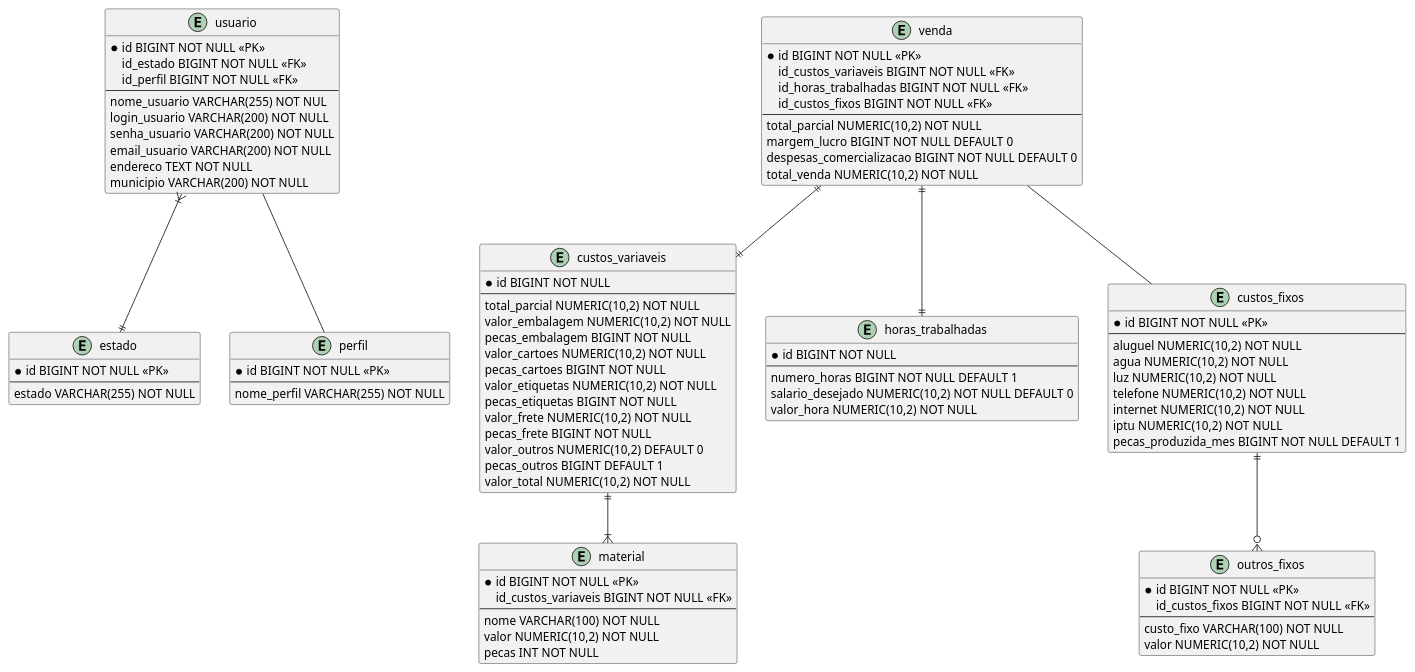
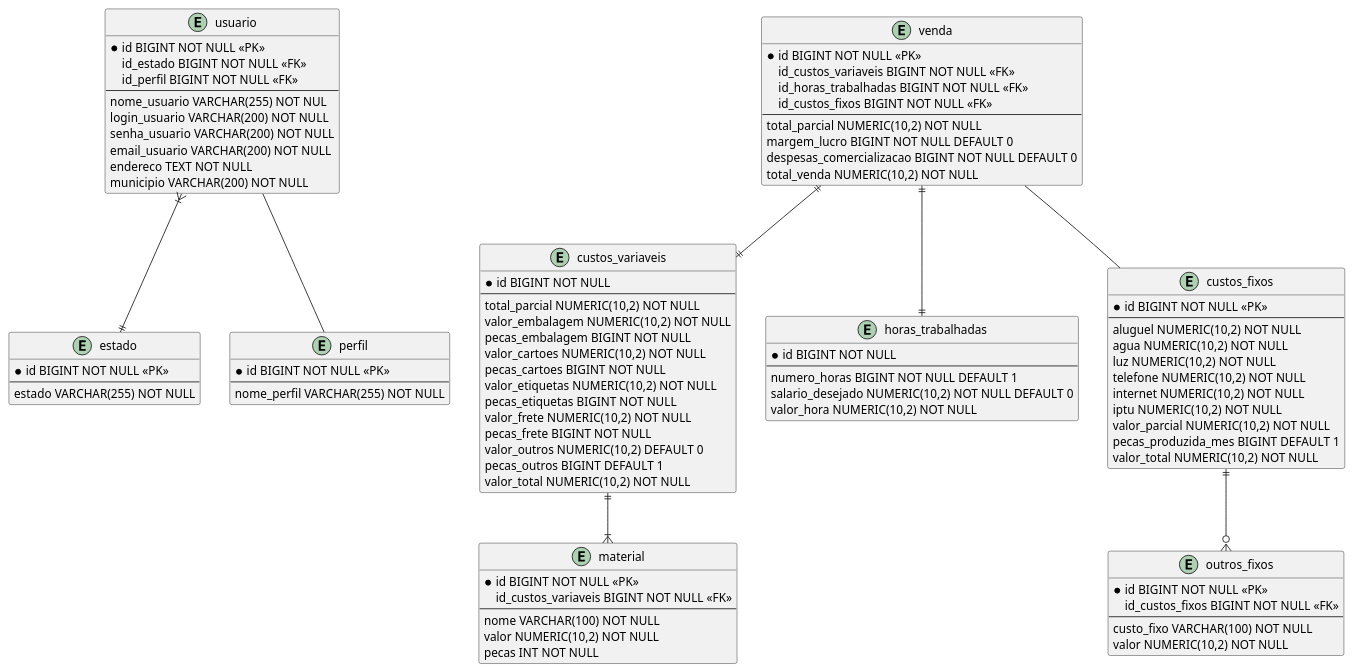
One commit to galaticghost/precificacao-pecas changed the diagram in modelagem/banco.wsd. Above: the diagram before and after it, drawn with PlantUML. The commit also changed 8 other files, not shown here.

```diff
--- a/modelagem/banco.wsd
+++ b/modelagem/banco.wsd
@@ -1,102 +1,104 @@
 @startuml Banco
 
 entity usuario {
     *id BIGINT NOT NULL <<PK>>
     id_estado BIGINT NOT NULL <<FK>>
     id_perfil BIGINT NOT NULL <<FK>>
     --
     nome_usuario VARCHAR(255) NOT NUL
     login_usuario VARCHAR(200) NOT NULL
     senha_usuario VARCHAR(200) NOT NULL
     email_usuario VARCHAR(200) NOT NULL
     endereco TEXT NOT NULL
     municipio VARCHAR(200) NOT NULL
 }
 
 entity estado {
     *id BIGINT NOT NULL <<PK>>
     --
     estado VARCHAR(255) NOT NULL
 }
 
 entity perfil {
     *id BIGINT NOT NULL <<PK>>
     --
     nome_perfil VARCHAR(255) NOT NULL
 }
 
 entity custos_variaveis {
     *id BIGINT NOT NULL
     --
     total_parcial NUMERIC(10,2) NOT NULL
     valor_embalagem NUMERIC(10,2) NOT NULL
     pecas_embalagem BIGINT NOT NULL
     valor_cartoes NUMERIC(10,2) NOT NULL
     pecas_cartoes BIGINT NOT NULL
     valor_etiquetas NUMERIC(10,2) NOT NULL
     pecas_etiquetas BIGINT NOT NULL
     valor_frete NUMERIC(10,2) NOT NULL
     pecas_frete BIGINT NOT NULL
     valor_outros NUMERIC(10,2) DEFAULT 0
     pecas_outros BIGINT DEFAULT 1
     valor_total NUMERIC(10,2) NOT NULL
 }
 
 entity horas_trabalhadas {
     *id BIGINT NOT NULL
     --
     numero_horas BIGINT NOT NULL DEFAULT 1
     salario_desejado NUMERIC(10,2) NOT NULL DEFAULT 0
     valor_hora NUMERIC(10,2) NOT NULL 
 }
 
 entity custos_fixos {
     *id BIGINT NOT NULL <<PK>>
     --
     aluguel NUMERIC(10,2) NOT NULL
     agua NUMERIC(10,2) NOT NULL
     luz NUMERIC(10,2) NOT NULL
     telefone NUMERIC(10,2) NOT NULL
     internet NUMERIC(10,2) NOT NULL
     iptu NUMERIC(10,2) NOT NULL
-    pecas_produzida_mes BIGINT NOT NULL DEFAULT 1
+    valor_parcial NUMERIC(10,2) NOT NULL
+    pecas_produzida_mes BIGINT DEFAULT 1
+    valor_total NUMERIC(10,2) NOT NULL
 }
 
 entity outros_fixos {
     *id BIGINT NOT NULL <<PK>>
     id_custos_fixos BIGINT NOT NULL <<FK>>
     --
     custo_fixo VARCHAR(100) NOT NULL
     valor NUMERIC(10,2) NOT NULL
 }
 
 entity material {
     *id BIGINT NOT NULL <<PK>>
     id_custos_variaveis BIGINT NOT NULL <<FK>>
     --
     nome VARCHAR(100) NOT NULL
     valor NUMERIC(10,2) NOT NULL
     pecas INT NOT NULL
 }
 
 entity venda {
     *id BIGINT NOT NULL <<PK>>
     id_custos_variaveis BIGINT NOT NULL <<FK>>
     id_horas_trabalhadas BIGINT NOT NULL <<FK>>
     id_custos_fixos BIGINT NOT NULL <<FK>>
     --
     total_parcial NUMERIC(10,2) NOT NULL
     margem_lucro BIGINT NOT NULL DEFAULT 0
     despesas_comercializacao BIGINT NOT NULL DEFAULT 0
     total_venda NUMERIC(10,2) NOT NULL
 }
 
 usuario }|--|| estado
 usuario -- perfil
 venda ||--|| custos_variaveis
 venda ||--|| horas_trabalhadas
 venda -- custos_fixos
 custos_variaveis ||--|{ material
 custos_fixos ||--o{ outros_fixos
 
 @enduml
```
